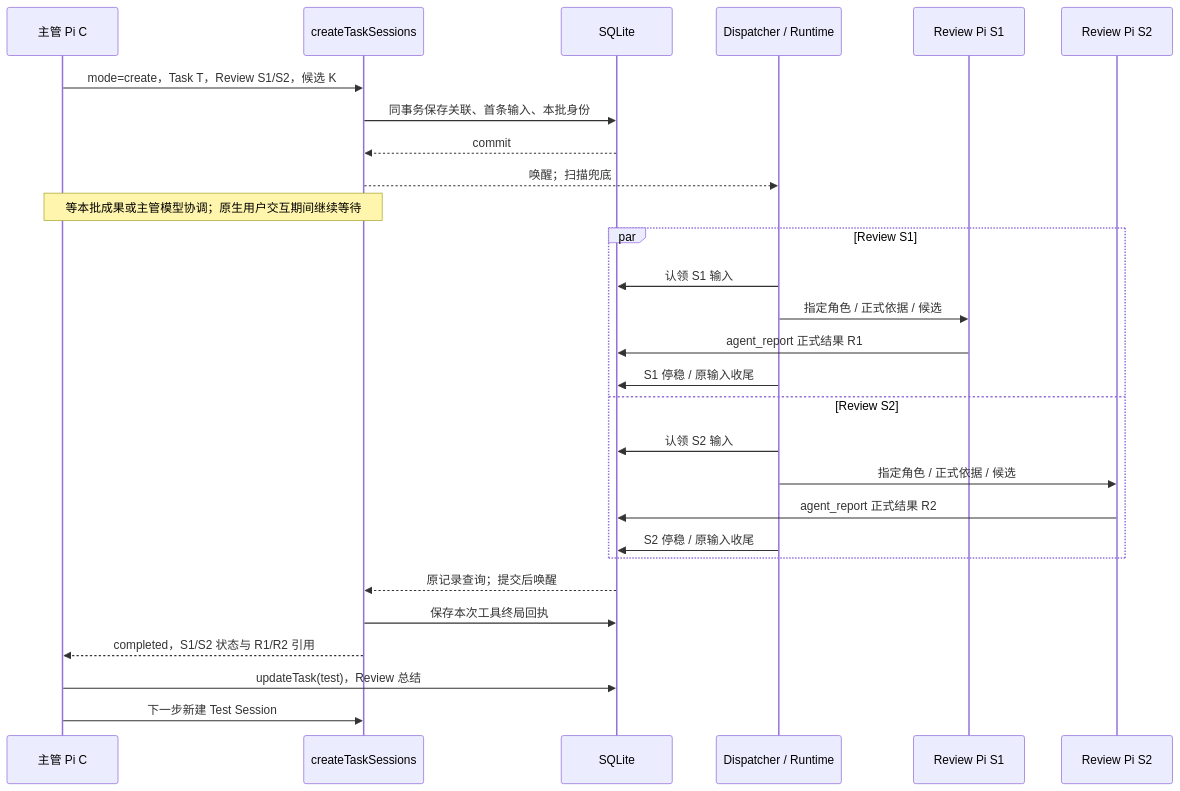
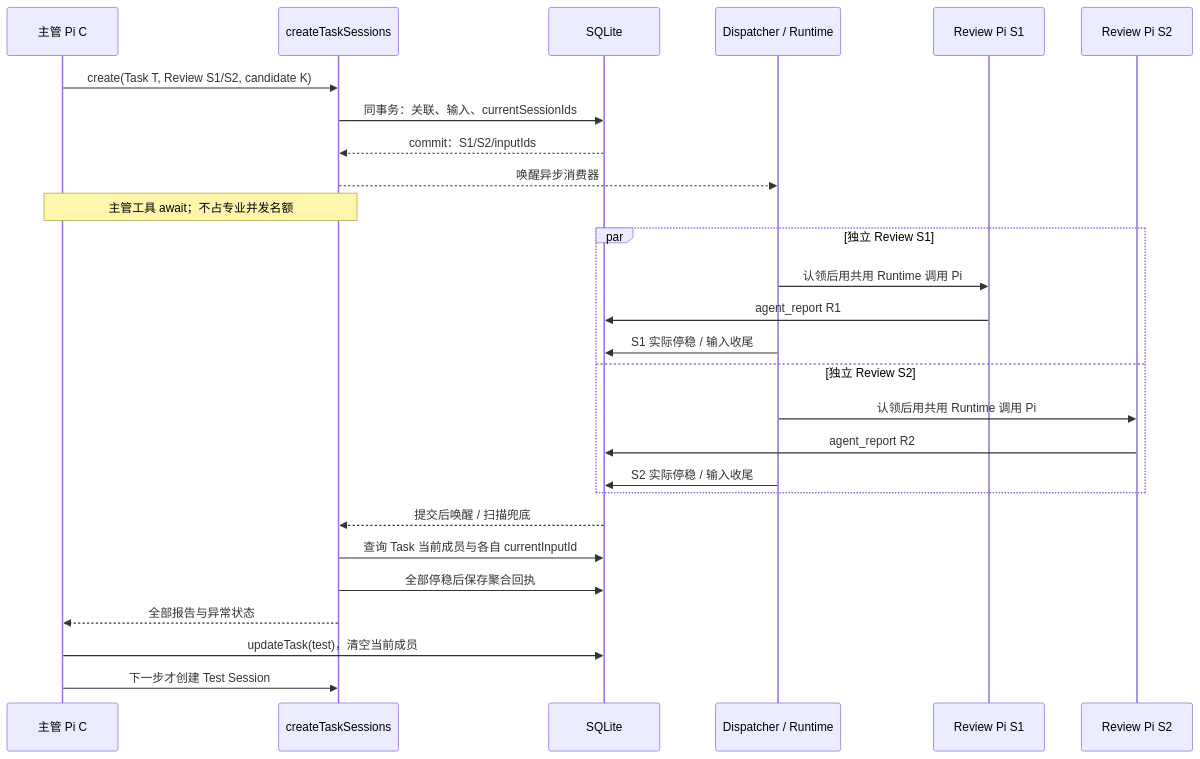
One commit to mojiaicrypto-ops/Kaiming changed the second of 3 diagrams in docs/technicalnew/messaging-and-collaboration.md. Above: the diagram before and after it, drawn with Mermaid. The commit also changed other lines of this file and 31 other files, not shown here.

````diff
--- a/docs/technicalnew/messaging-and-collaboration.md
+++ b/docs/technicalnew/messaging-and-collaboration.md
@@ -35,30 +33,29 @@
 ```mermaid
 sequenceDiagram
   participant C as 主管 Pi C
-  participant TOOL as createTaskSessions
+  participant T as createTaskSessions
   participant DB as SQLite
   participant D as Dispatcher / Runtime
   participant S1 as Review Pi S1
   participant S2 as Review Pi S2
-  C->>TOOL: mode=create，Task T，Review S1/S2，候选 K
-  TOOL->>DB: 同事务保存关联、首条输入、本批身份
-  DB-->>TOOL: commit
-  TOOL-->>D: 唤醒；扫描兜底
-  Note over C,TOOL: 等本批成果或主管模型协调；原生用户交互期间继续等待
-  par Review S1
-    D->>DB: 认领 S1 输入
-    D->>S1: 指定角色 / 正式依据 / 候选
-    S1->>DB: agent_report 正式结果 R1
-    D->>DB: S1 停稳 / 原输入收尾
-  and Review S2
-    D->>DB: 认领 S2 输入
-    D->>S2: 指定角色 / 正式依据 / 候选
-    S2->>DB: agent_report 正式结果 R2
-    D->>DB: S2 停稳 / 原输入收尾
+  C->>T: create(Task T, Review S1/S2, candidate K)
+  T->>DB: 同事务：关联、输入、currentSessionIds
+  DB-->>T: commit：S1/S2/inputIds
+  T-->>D: 唤醒异步消费器
+  Note over C,T: 主管工具 await；不占专业并发名额
+  par 独立 Review S1
+    D->>S1: 认领后用共用 Runtime 调用 Pi
+    S1->>DB: agent_report R1
+    D->>DB: S1 实际停稳 / 输入收尾
+  and 独立 Review S2
+    D->>S2: 认领后用共用 Runtime 调用 Pi
+    S2->>DB: agent_report R2
+    D->>DB: S2 实际停稳 / 输入收尾
   end
-  DB-->>TOOL: 原记录查询；提交后唤醒
-  TOOL->>DB: 保存本次工具终局回执
-  TOOL-->>C: completed，S1/S2 状态与 R1/R2 引用
-  C->>DB: updateTask(test)，Review 总结
-  C->>TOOL: 下一步新建 Test Session
+  DB-->>T: 提交后唤醒 / 扫描兜底
+  T->>DB: 查询 Task 当前成员与各自 currentInputId
+  T->>DB: 全部停稳后保存聚合回执
+  T-->>C: 全部报告与异常状态
+  C->>DB: updateTask(test)，清空当前成员
+  C->>T: 下一步才创建 Test Session
 ```
````
